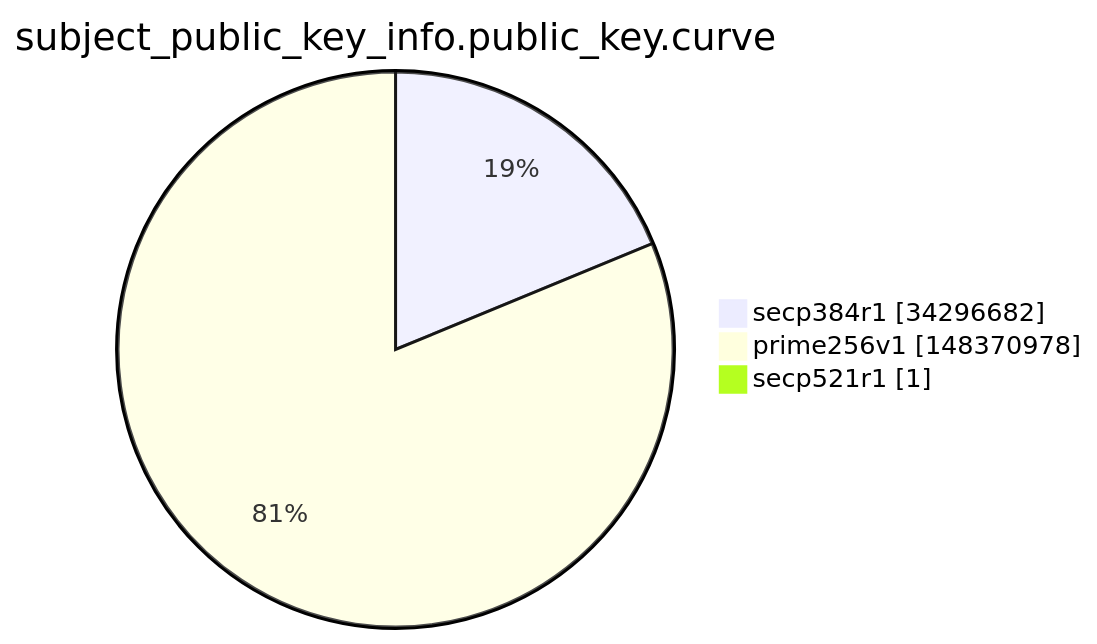
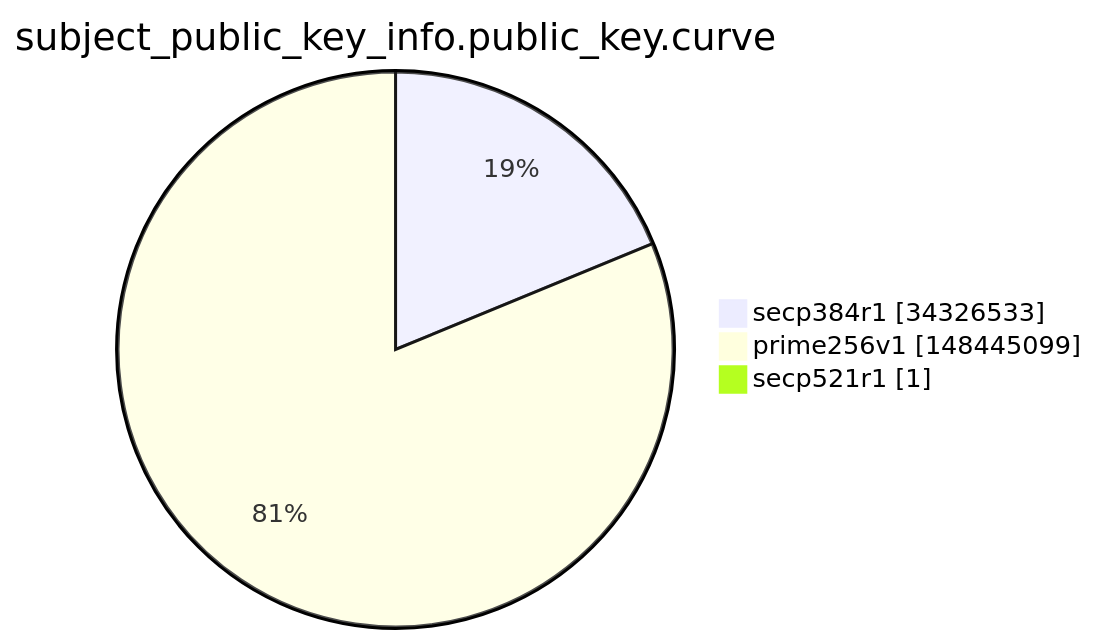
Before and after one commit to christiankrug/ctmonitor_visualization: the ninth of 15 diagrams in argon2022/README.md, drawn with Mermaid. The commit also changed other lines of this file, not shown here.

````diff
--- a/argon2022/README.md
+++ b/argon2022/README.md
@@ -2764,7 +2764,7 @@
 ```mermaid
 pie showData
 title subject_public_key_info.public_key.curve
-"secp384r1" :34296682
-"prime256v1" :148370978
+"secp384r1" :34326533
+"prime256v1" :148445099
 "secp521r1" :1
 ```
````
